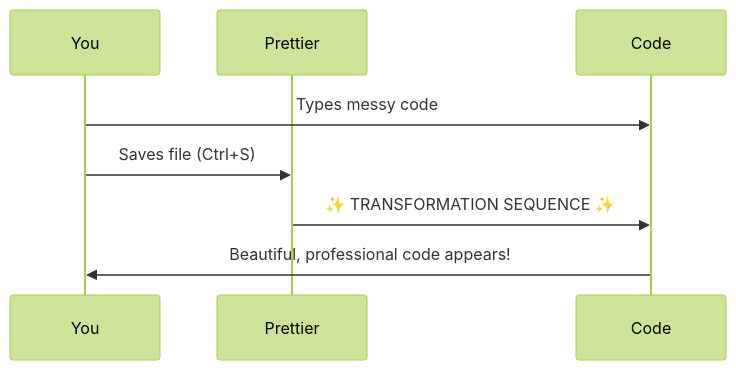
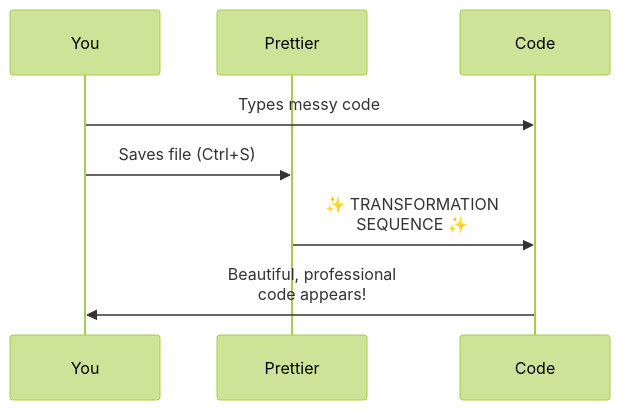
Before and after one commit to j4yh3m/alexandra-fizzbuzz-js: the fourth of 12 diagrams in docs/TOOLS_GLOSSARY.md, drawn with Mermaid (forest theme). The commit also changed other lines of this file and 2 other files, not shown here.

First line of the commit message:
fix: improve Mermaid diagram readability with better text wrapping

````diff
--- a/docs/TOOLS_GLOSSARY.md
+++ b/docs/TOOLS_GLOSSARY.md
@@ -135,11 +135,11 @@
 ```mermaid
 sequenceDiagram
     participant You
     participant Prettier
     participant Code
     
     You->>Code: Types messy code
     You->>Prettier: Saves file (Ctrl+S)
-    Prettier->>Code: ✨ TRANSFORMATION SEQUENCE ✨
-    Code->>You: Beautiful, professional code appears!
+    Prettier->>Code: ✨ TRANSFORMATION<br/>SEQUENCE ✨
+    Code->>You: Beautiful, professional<br/>code appears!
 ```
````
